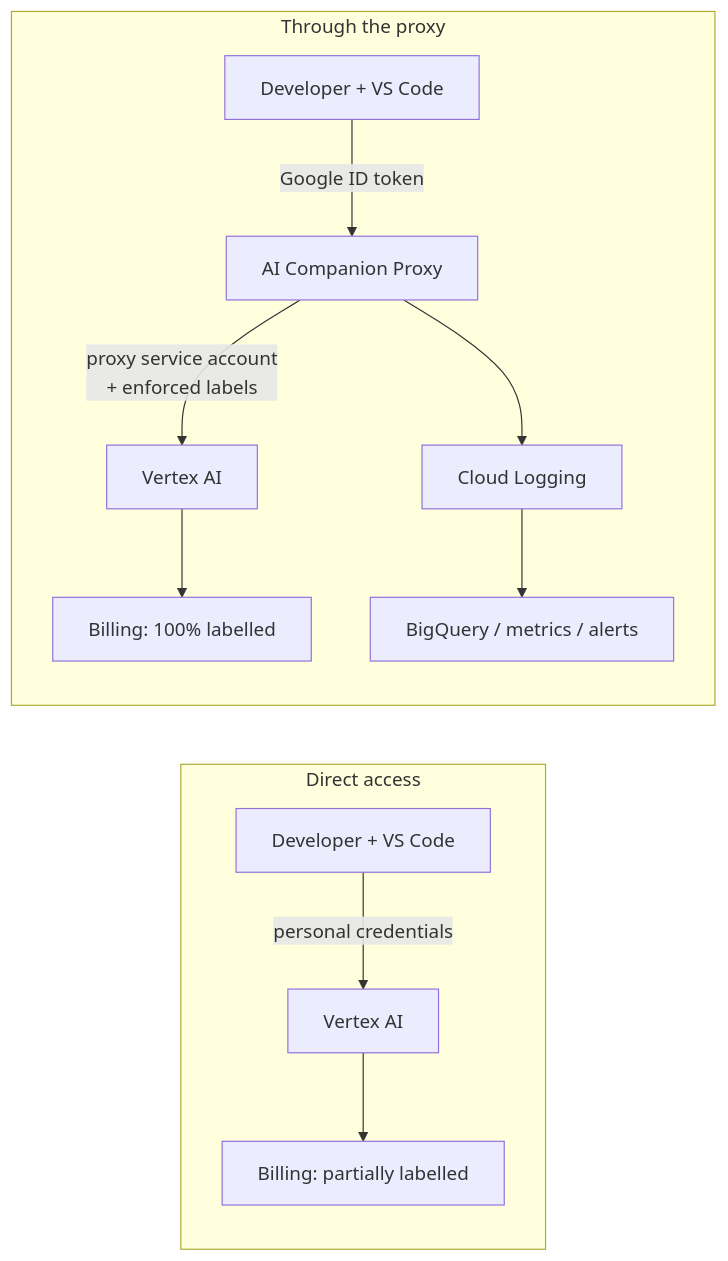
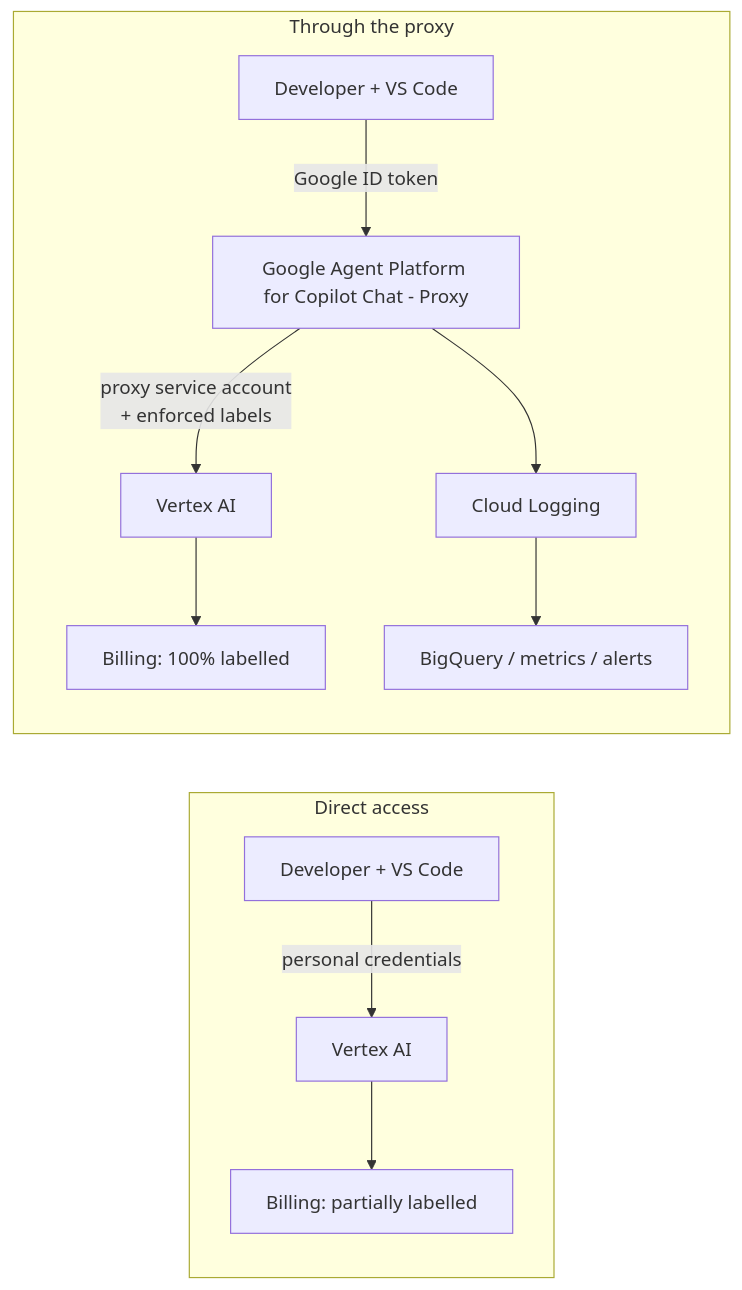
Before and after one commit to jorsm/vertex-ai-models-chat-provider-proxy: the diagram in docs/01-overview.md, drawn with Mermaid. The commit also changed other lines of this file and 26 other files, not shown here.

First line of the commit message:
docs: rename the product to Google Agent Platform for Copilot Chat - Proxy

````diff
--- a/docs/01-overview.md
+++ b/docs/01-overview.md
@@ -35,13 +35,13 @@
 ```mermaid
 flowchart LR
     subgraph Before["Direct access"]
         D1[Developer + VS Code] -->|"personal credentials"| V1[Vertex AI]
         V1 --> B1[Billing: partially labelled]
     end
     subgraph After["Through the proxy"]
-        D2[Developer + VS Code] -->|"Google ID token"| P[AI Companion Proxy]
+        D2[Developer + VS Code] -->|"Google ID token"| P[Google Agent Platform for Copilot Chat - Proxy]
         P -->|"proxy service account<br/>+ enforced labels"| V2[Vertex AI]
         V2 --> B2[Billing: 100% labelled]
         P --> L[Cloud Logging] --> BQ[BigQuery / metrics / alerts]
     end
 ```
````
